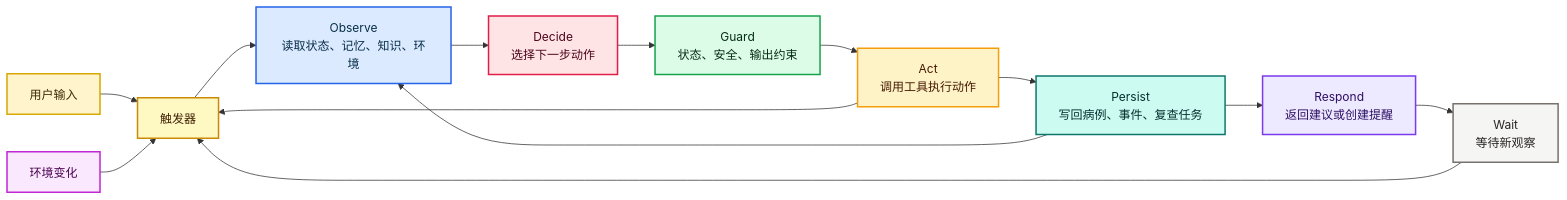
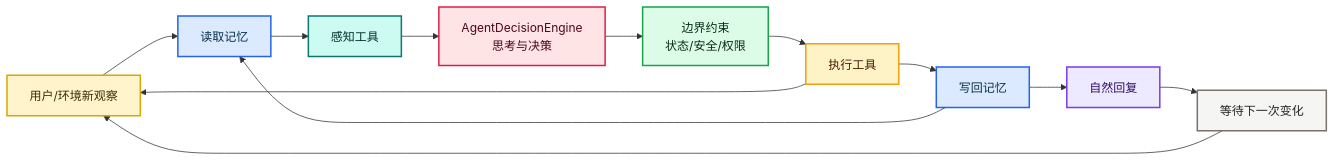
One commit to xin-net/tomato_agent changed the first of 2 diagrams in docs/agent-architecture.md. Above: the diagram before and after it, drawn with Mermaid. The commit also changed other lines of this file and 17 other files, not shown here.

````diff
--- a/docs/agent-architecture.md
+++ b/docs/agent-architecture.md
@@ -33,31 +17,26 @@
 ```mermaid
 flowchart LR
-    Env["环境变化"]:::external
-    User["用户输入"]:::actor
-    Trigger["触发器"]:::trigger
-    Observe["Observe<br/>读取状态、记忆、知识、环境"]:::observe
-    Decide["Decide<br/>选择下一步动作"]:::decision
-    Guard["Guard<br/>状态、安全、输出约束"]:::guardrail
-    Act["Act<br/>调用工具执行动作"]:::tool
-    Persist["Persist<br/>写回病例、事件、复查任务"]:::memory
-    Respond["Respond<br/>返回建议或创建提醒"]:::runtime
-    Wait["Wait<br/>等待新观察"]:::wait
+    Input["用户/环境新观察"]:::external
+    MemoryRead["读取记忆"]:::memory
+    Observe["感知工具"]:::observe
+    Think["AgentDecisionEngine<br/>思考与决策"]:::decision
+    Guard["边界约束<br/>状态/安全/权限"]:::guard
+    Act["执行工具"]:::tool
+    MemoryWrite["写回记忆"]:::memory
+    Respond["自然回复"]:::respond
+    Wait["等待下一次变化"]:::wait
 
-    User --> Trigger
-    Env --> Trigger
-    Trigger --> Observe --> Decide --> Guard --> Act --> Persist --> Respond --> Wait
-    Wait --> Trigger
-    Persist --> Observe
-    Act --> Trigger
+    Input --> MemoryRead --> Observe --> Think --> Guard --> Act --> MemoryWrite --> Respond --> Wait
+    Wait --> Input
+    MemoryWrite --> MemoryRead
+    Act --> Input
 
-    classDef actor fill:#fff4cc,stroke:#d6a800,color:#3d2c00,stroke-width:2px;
-    classDef external fill:#fae8ff,stroke:#c026d3,color:#4a044e,stroke-width:2px;
-    classDef trigger fill:#fef9c3,stroke:#ca8a04,color:#422006,stroke-width:2px;
-    classDef observe fill:#dbeafe,stroke:#2563eb,color:#082f49,stroke-width:2px;
+    classDef external fill:#fff4cc,stroke:#d6a800,color:#3d2c00,stroke-width:2px;
+    classDef memory fill:#dbeafe,stroke:#2563eb,color:#082f49,stroke-width:2px;
+    classDef observe fill:#ccfbf1,stroke:#0f766e,color:#042f2e,stroke-width:2px;
     classDef decision fill:#ffe4e6,stroke:#e11d48,color:#4c0519,stroke-width:2px;
-    classDef guardrail fill:#dcfce7,stroke:#16a34a,color:#052e16,stroke-width:2px;
+    classDef guard fill:#dcfce7,stroke:#16a34a,color:#052e16,stroke-width:2px;
     classDef tool fill:#fef3c7,stroke:#f59e0b,color:#451a03,stroke-width:2px;
-    classDef memory fill:#ccfbf1,stroke:#0f766e,color:#042f2e,stroke-width:2px;
-    classDef runtime fill:#ede9fe,stroke:#7c3aed,color:#2e1065,stroke-width:2px;
+    classDef respond fill:#ede9fe,stroke:#7c3aed,color:#2e1065,stroke-width:2px;
     classDef wait fill:#f5f5f4,stroke:#78716c,color:#292524,stroke-width:2px;
 ```
````
